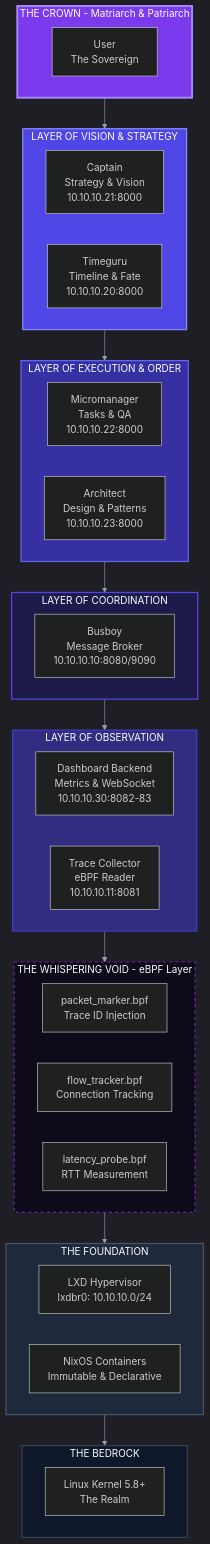
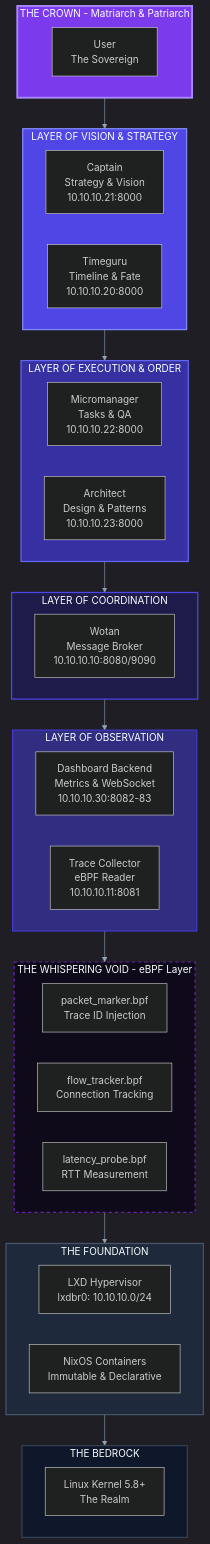
The first of 6 diagrams in docs/KINGDOM_ARCHITECTURE.md (unheaded/unheaded), drawn with Mermaid before and after one commit. The commit also changed other lines of this file and 208 other files, not shown here.

First line of the commit message:
refactor: busboy → wotan content replacement across all existing files

````diff
--- a/docs/KINGDOM_ARCHITECTURE.md
+++ b/docs/KINGDOM_ARCHITECTURE.md
@@ -128,64 +128,64 @@
 ```mermaid
 %%{init: {'theme': 'dark', 'themeVariables': { 'primaryColor': '#6366f1', 'primaryTextColor': '#fff', 'primaryBorderColor': '#818cf8', 'lineColor': '#94a3b8', 'secondaryColor': '#1e1b4b', 'tertiaryColor': '#0f172a'}}}%%
 flowchart TB
     subgraph CROWN["THE CROWN - Matriarch & Patriarch"]
         direction LR
         USER["User<br/>The Sovereign"]
     end
 
     subgraph VISION["LAYER OF VISION & STRATEGY"]
         direction LR
         CAPTAIN["Captain<br/>Strategy & Vision<br/>10.10.10.21:8000"]
         TIMEGURU["Timeguru<br/>Timeline & Fate<br/>10.10.10.20:8000"]
     end
 
     subgraph EXECUTION["LAYER OF EXECUTION & ORDER"]
         direction LR
         MICROMANAGER["Micromanager<br/>Tasks & QA<br/>10.10.10.22:8000"]
         ARCHITECT["Architect<br/>Design & Patterns<br/>10.10.10.23:8000"]
     end
 
     subgraph COORDINATION["LAYER OF COORDINATION"]
-        BUSBOY["Busboy<br/>Message Broker<br/>10.10.10.10:8080/9090"]
+        WOTAN["Wotan<br/>Message Broker<br/>10.10.10.10:8080/9090"]
     end
 
     subgraph OBSERVATION["LAYER OF OBSERVATION"]
         direction LR
         DASHBOARD["Dashboard Backend<br/>Metrics & WebSocket<br/>10.10.10.30:8082-83"]
         TRACE["Trace Collector<br/>eBPF Reader<br/>10.10.10.11:8081"]
     end
 
     subgraph VOID["THE WHISPERING VOID - eBPF Layer"]
         direction LR
         PACKET["packet_marker.bpf<br/>Trace ID Injection"]
         FLOW["flow_tracker.bpf<br/>Connection Tracking"]
         LATENCY["latency_probe.bpf<br/>RTT Measurement"]
     end
 
     subgraph FOUNDATION["THE FOUNDATION"]
         direction LR
         LXD["LXD Hypervisor<br/>lxdbr0: 10.10.10.0/24"]
         NIXOS["NixOS Containers<br/>Immutable & Declarative"]
     end
 
     subgraph BEDROCK["THE BEDROCK"]
         KERNEL["Linux Kernel 5.8+<br/>The Realm"]
     end
 
     CROWN --> VISION
     VISION --> EXECUTION
     EXECUTION --> COORDINATION
     COORDINATION --> OBSERVATION
     OBSERVATION --> VOID
     VOID --> FOUNDATION
     FOUNDATION --> BEDROCK
 
     style CROWN fill:#7c3aed,stroke:#a78bfa,stroke-width:3px
     style VISION fill:#4f46e5,stroke:#818cf8,stroke-width:2px
     style EXECUTION fill:#3730a3,stroke:#6366f1,stroke-width:2px
     style COORDINATION fill:#1e1b4b,stroke:#4f46e5,stroke-width:2px
     style OBSERVATION fill:#312e81,stroke:#4338ca,stroke-width:2px
     style VOID fill:#0f0a1a,stroke:#6b21a8,stroke-width:2px,stroke-dasharray: 5 5
     style FOUNDATION fill:#1e293b,stroke:#475569,stroke-width:2px
     style BEDROCK fill:#0f172a,stroke:#334155,stroke-width:2px
 ```
````
